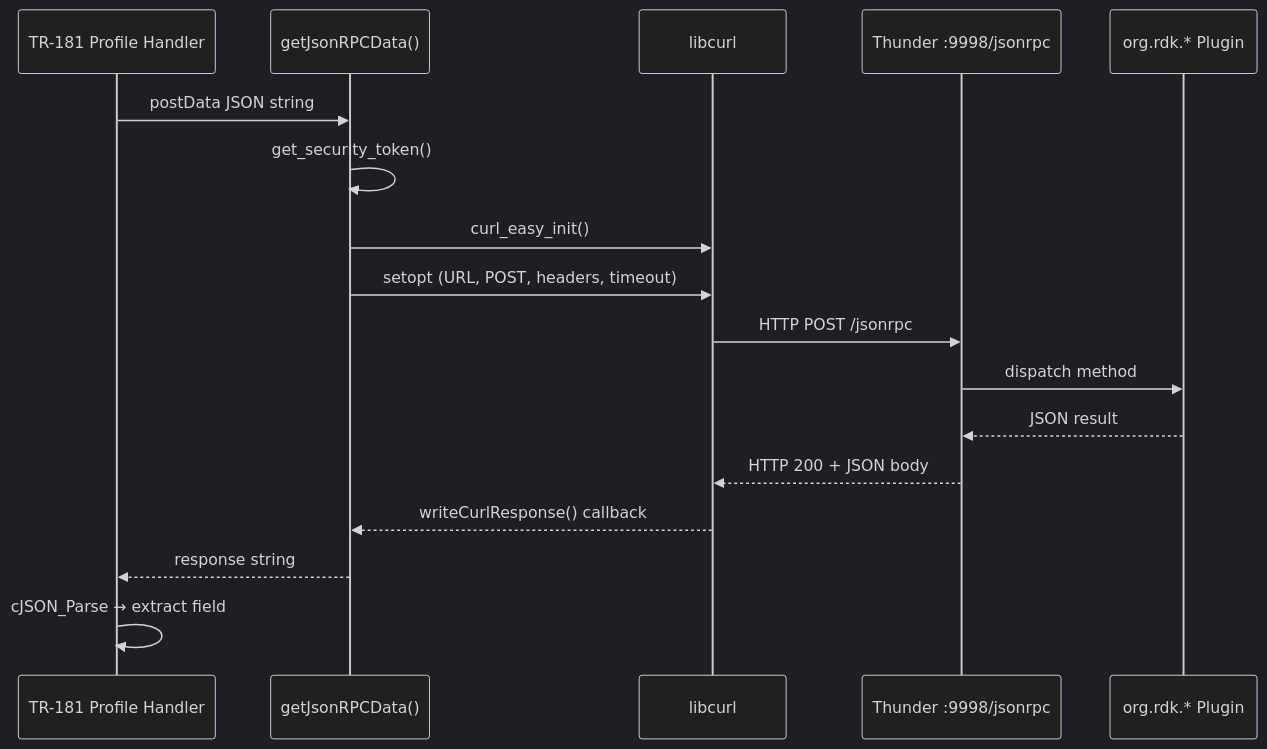
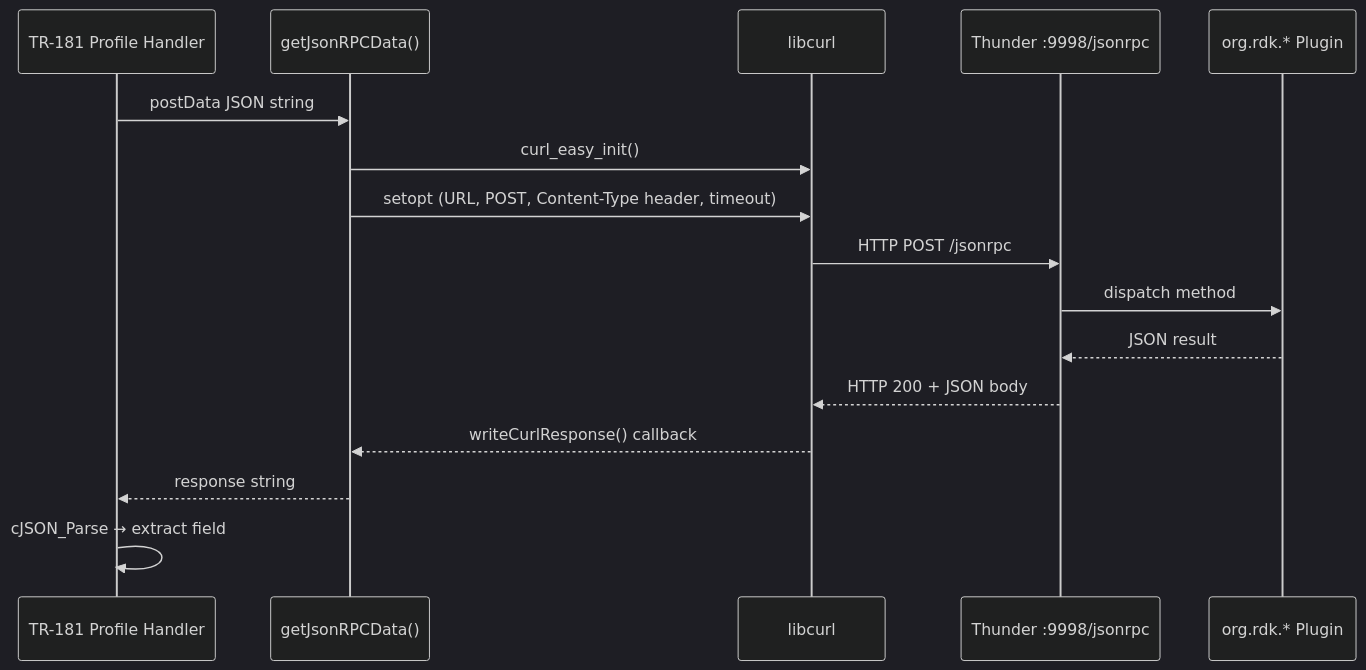
One commit to rdkcentral/tr69hostif changed the fourth of 4 diagrams in docs/api/thunder-plugin-interfaces.md. Above: the diagram before and after it, drawn with Mermaid (dark theme). The commit also changed other lines of this file and 13 other files, not shown here.

````diff
--- a/docs/api/thunder-plugin-interfaces.md
+++ b/docs/api/thunder-plugin-interfaces.md
@@ -548,20 +544,19 @@
 ```mermaid
 sequenceDiagram
     participant Profile as TR-181 Profile Handler
     participant Utils as getJsonRPCData()
     participant Curl as libcurl
     participant Thunder as Thunder :9998/jsonrpc
     participant Plugin as org.rdk.* Plugin
 
     Profile->>Utils: postData JSON string
-    Utils->>Utils: get_security_token()
     Utils->>Curl: curl_easy_init()
-    Utils->>Curl: setopt (URL, POST, headers, timeout)
+    Utils->>Curl: setopt (URL, POST, Content-Type header, timeout)
     Curl->>Thunder: HTTP POST /jsonrpc
     Thunder->>Plugin: dispatch method
     Plugin-->>Thunder: JSON result
     Thunder-->>Curl: HTTP 200 + JSON body
     Curl-->>Utils: writeCurlResponse() callback
     Utils-->>Profile: response string
     Profile->>Profile: cJSON_Parse → extract field
 ```
````
